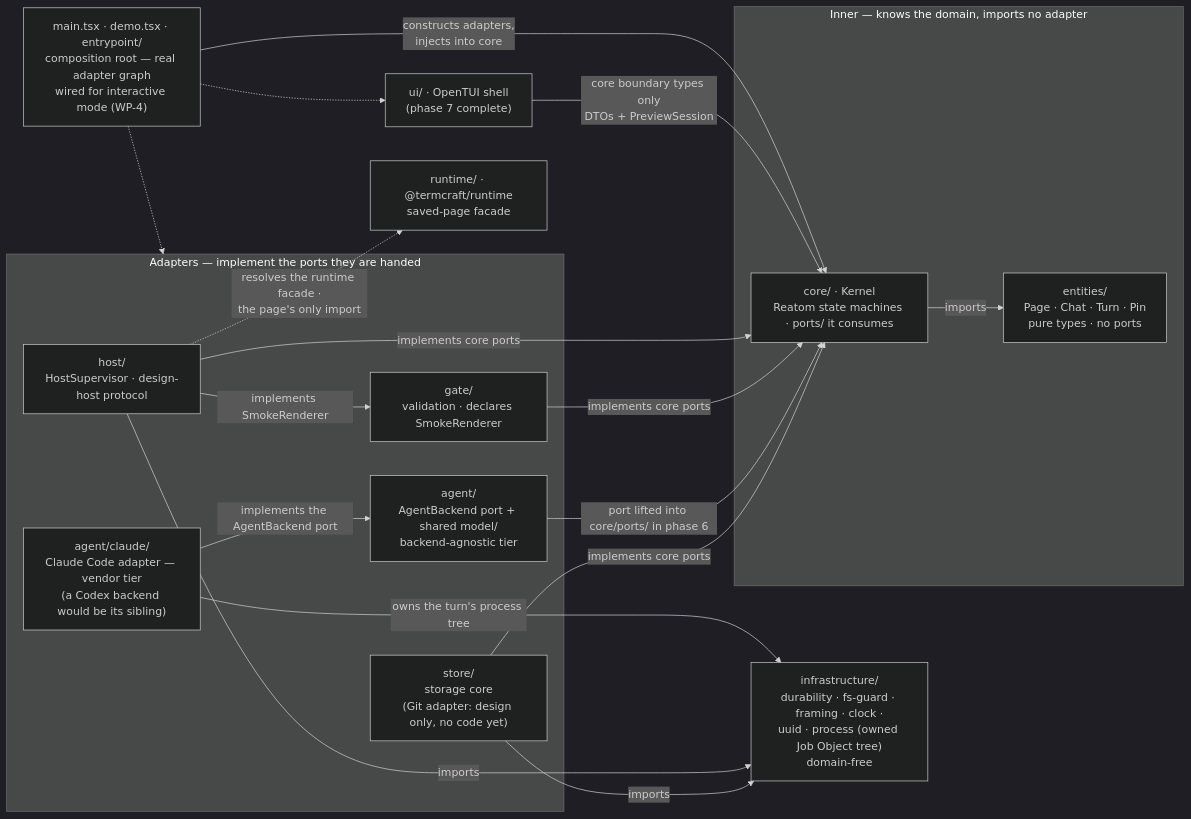
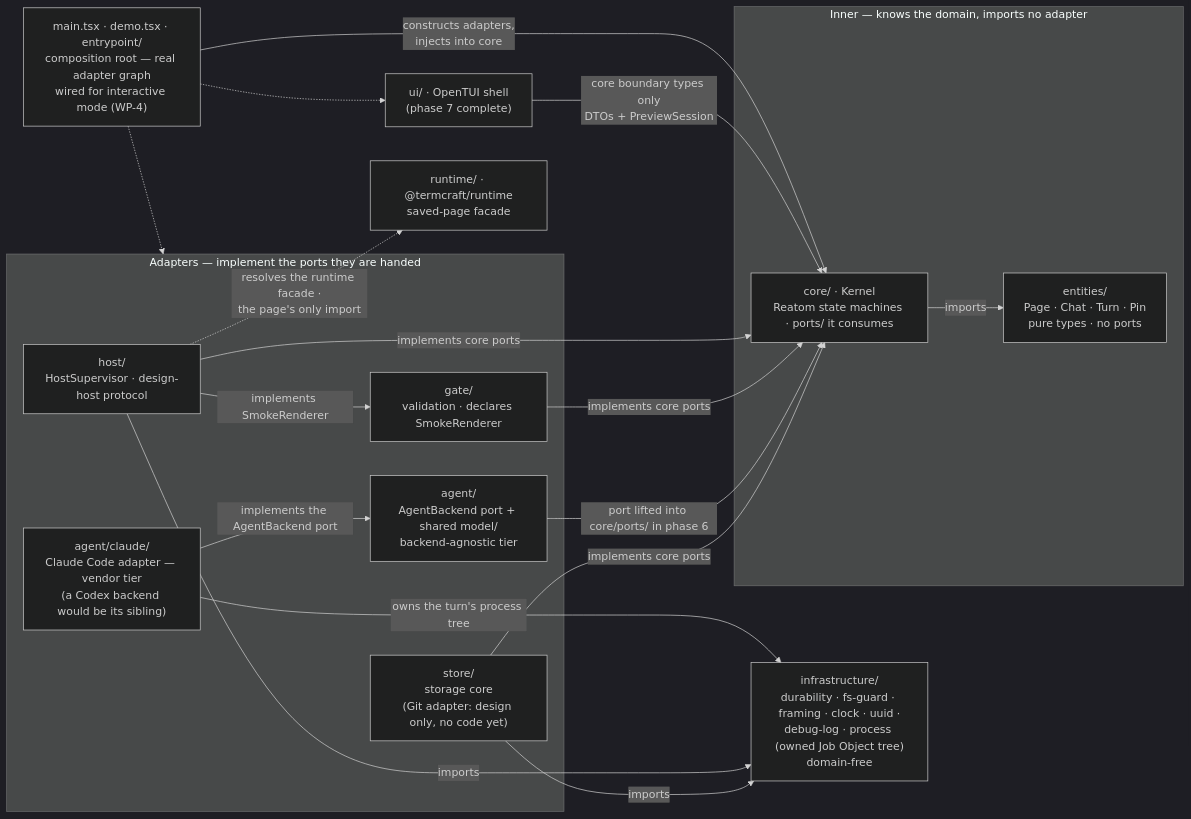
Before and after one commit to khmilevoi/termcraft: the diagram in docs/architecture/code-structure.md, drawn with Mermaid (dark theme). The commit also changed other lines of this file and 89 other files, not shown here.

````diff
--- a/docs/architecture/code-structure.md
+++ b/docs/architecture/code-structure.md
@@ -23,37 +23,37 @@
 ```mermaid
 flowchart LR
     main["main.tsx · demo.tsx · entrypoint/<br/>composition root — real adapter graph<br/>wired for interactive mode (WP-4)"]
 
     subgraph adapters["Adapters — implement the ports they are handed"]
         store["store/<br/>storage core<br/>(Git adapter: design only, no code yet)"]
         agent["agent/<br/>AgentBackend port + shared model/<br/>backend-agnostic tier"]
         claude["agent/claude/<br/>Claude Code adapter — vendor tier<br/>(a Codex backend would be its sibling)"]
         gate["gate/<br/>validation · declares SmokeRenderer"]
         host["host/<br/>HostSupervisor · design-host protocol"]
     end
 
     subgraph inner["Inner — knows the domain, imports no adapter"]
         core["core/ · Kernel<br/>Reatom state machines · ports/ it consumes"]
         entities["entities/<br/>Page · Chat · Turn · Pin<br/>pure types · no ports"]
     end
 
     ui["ui/ · OpenTUI shell<br/>(phase 7 complete)"]
     runtime["runtime/ · @termcraft/runtime<br/>saved-page facade"]
-    infra["infrastructure/<br/>durability · fs-guard · framing · clock ·<br/>uuid · process (owned Job Object tree)<br/>domain-free"]
+    infra["infrastructure/<br/>durability · fs-guard · framing · clock · uuid ·<br/>debug-log · process (owned Job Object tree)<br/>domain-free"]
 
     core -- imports --> entities
     store -- "implements core ports" --> core
     agent -- "port lifted into core/ports/ in phase 6" --> core
     gate -- "implements core ports" --> core
     host -- "implements core ports" --> core
     host -- "implements SmokeRenderer" --> gate
     claude -- "implements the AgentBackend port" --> agent
     ui -- "core boundary types only<br/>DTOs + PreviewSession" --> core
     store -- imports --> infra
     host -- imports --> infra
     claude -- "owns the turn's process tree" --> infra
     host -. "resolves the runtime facade ·<br/>the page's only import" .-> runtime
     main -- "constructs adapters,<br/>injects into core" --> core
     main -.-> adapters
     main -.-> ui
 ```
````
